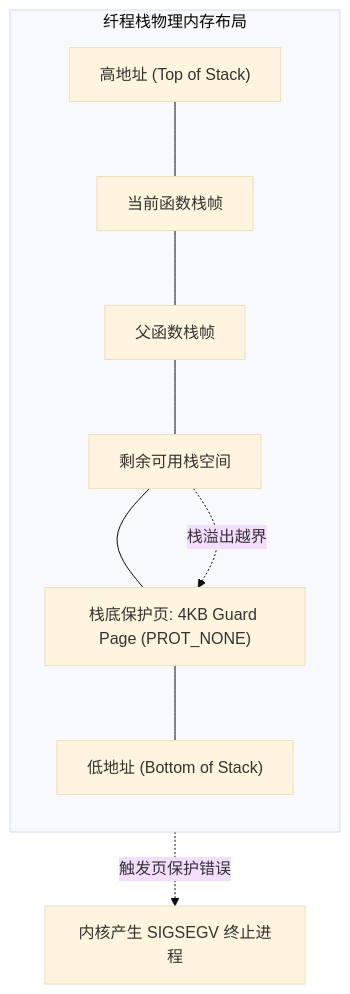
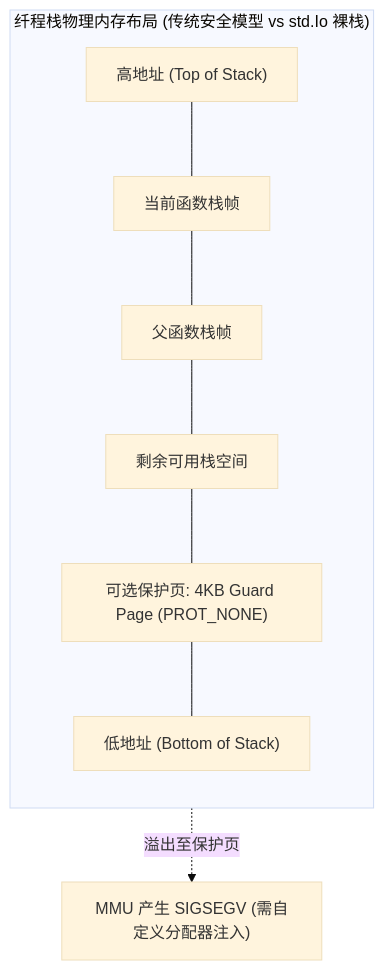
The diagram in zig-io/src/internals/fiber-and-context-switch.md (jiacai2050/x), drawn with Mermaid (base theme) before and after one commit. The commit also changed other lines of this file and 16 other files, not shown here.

First line of the commit message:
docs(zig-io): fix Group and Fiber stack semantics

````diff
--- a/zig-io/src/internals/fiber-and-context-switch.md
+++ b/zig-io/src/internals/fiber-and-context-switch.md
@@ -87,21 +87,20 @@
 ```mermaid
 graph TB
-    subgraph FiberStack ["纤程栈物理内存布局"]
+    subgraph FiberStack ["纤程栈物理内存布局 (传统安全模型 vs std.Io 裸栈)"]
         direction TB
         High["高地址 (Top of Stack)"]
         Frame1["当前函数栈帧"]
         Frame2["父函数栈帧"]
         StackSpace["剩余可用栈空间"]
-        GuardPage["栈底保护页: 4KB Guard Page (PROT_NONE)"]
+        GuardPage["可选保护页: 4KB Guard Page (PROT_NONE)"]
         Low["低地址 (Bottom of Stack)"]
 
         High --- Frame1
         Frame1 --- Frame2
         Frame2 --- StackSpace
         StackSpace --- GuardPage
         GuardPage --- Low
     end
 
-    StackSpace -.->|栈溢出越界| GuardPage
-    GuardPage -.->|触发页保护错误| Crash["内核产生 SIGSEGV 终止进程"]
+    StackSpace -.->|溢出至保护页| Crash["MMU 产生 SIGSEGV (需自定义分配器注入)"]
 ```
````
